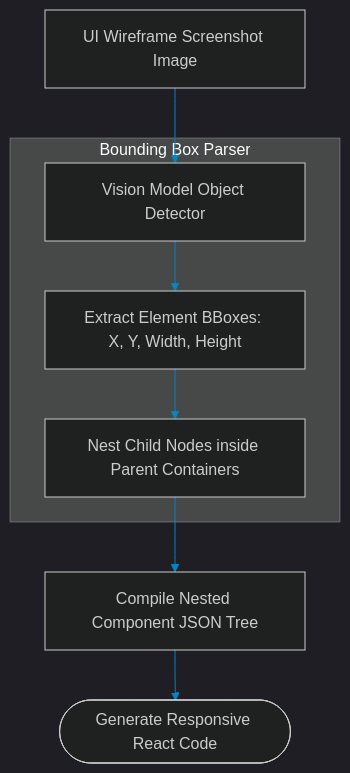
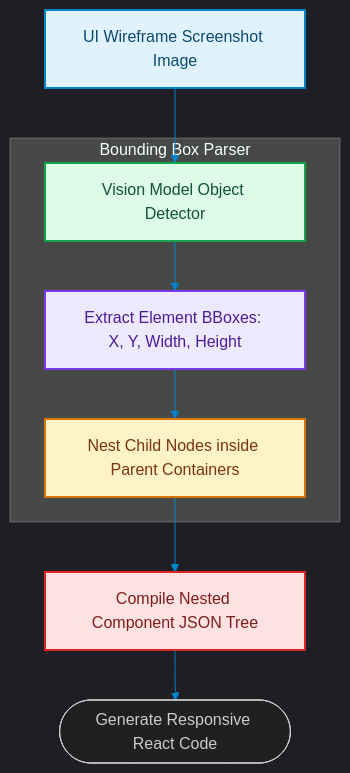
Before and after one commit to akmalkhaniub/akmalkhaniub.github.io: the diagram in blog/posts/multimodal-visual-ui-layout-analysis-component-trees.md, drawn with Mermaid. The commit also changed other lines of this file and 1291 other files, not shown here.

First line of the commit message:
feat(catalog): unique covers, scholarly references, and diagram palettes

````diff
--- a/blog/posts/multimodal-visual-ui-layout-analysis-component-trees.md
+++ b/blog/posts/multimodal-visual-ui-layout-analysis-component-trees.md
@@ -16,13 +16,24 @@
 ```mermaid
 %%{init: {'theme': 'dark', 'themeVariables': { 'primaryColor': '#0284c7', 'primaryTextColor': '#f3f4f6', 'primaryBorderColor': '#38bdf8', 'lineColor': '#0284c7', 'secondaryColor': '#111827', 'tertiaryColor': '#0b0f19'}}}%%
 flowchart TD
-    Image[UI Wireframe Screenshot Image] --> Vision[Vision Model Object Detector]
+    Image["UI Wireframe Screenshot Image"] --> Vision["Vision Model Object Detector"]
     
     subgraph SG1_BoundingBoxParser ["Bounding Box Parser"]
-        Vision --> BBoxes[Extract Element BBoxes: X, Y, Width, Height]
-        BBoxes --> Hierarchy[Nest Child Nodes inside Parent Containers]
+        Vision --> BBoxes["Extract Element BBoxes: X, Y, Width, Height"]
+        BBoxes --> Hierarchy["Nest Child Nodes inside Parent Containers"]
     end
     
-    Hierarchy --> TreeCompiler[Compile Nested Component JSON Tree]
+    Hierarchy --> TreeCompiler["Compile Nested Component JSON Tree"]
     TreeCompiler --> CodeGen([Generate Responsive React Code])
+
+classDef green fill:#dcfce7,stroke:#16a34a,stroke-width:2px,color:#14532d;
+classDef red fill:#fee2e2,stroke:#dc2626,stroke-width:2px,color:#7f1d1d;
+classDef blue fill:#e0f2fe,stroke:#0284c7,stroke-width:2px,color:#0c4a6e;
+classDef yellow fill:#fef3c7,stroke:#d97706,stroke-width:2px,color:#78350f;
+classDef purple fill:#ede9fe,stroke:#7c3aed,stroke-width:2px,color:#4c1d95;
+class Image blue
+class Vision green
+class BBoxes purple
+class Hierarchy yellow
+class TreeCompiler red
 ```
````
